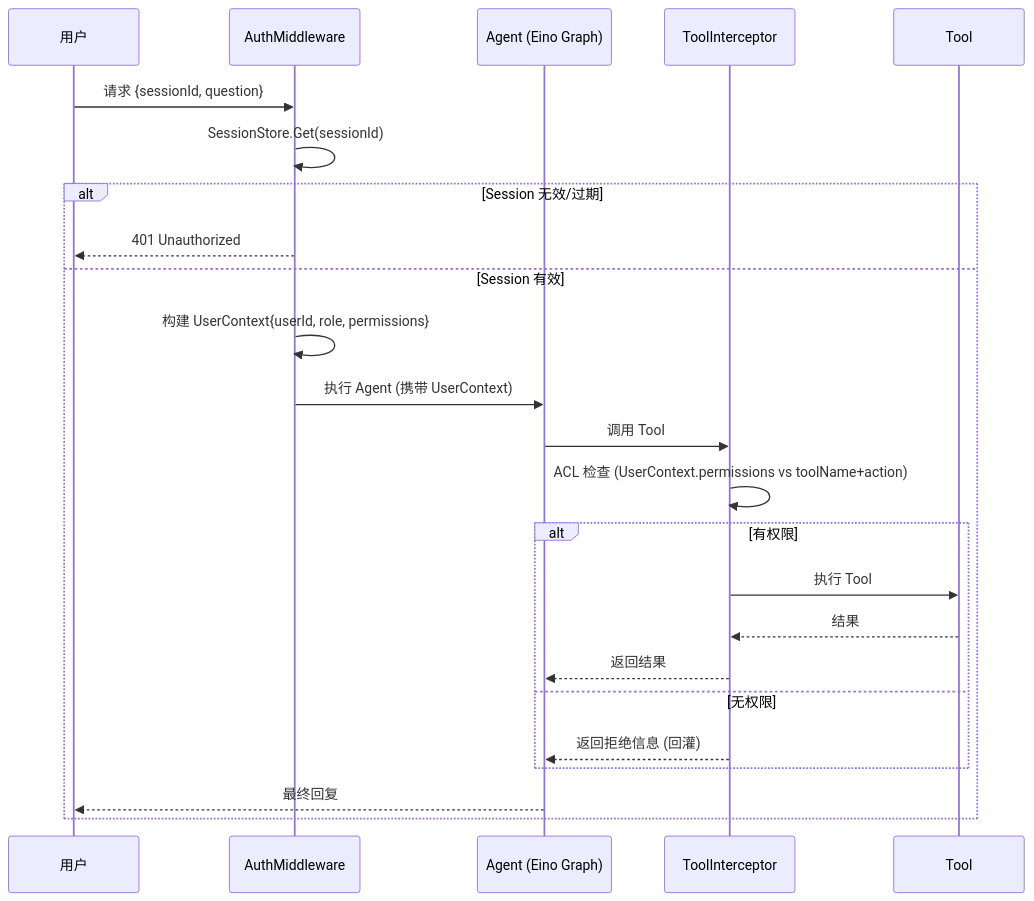
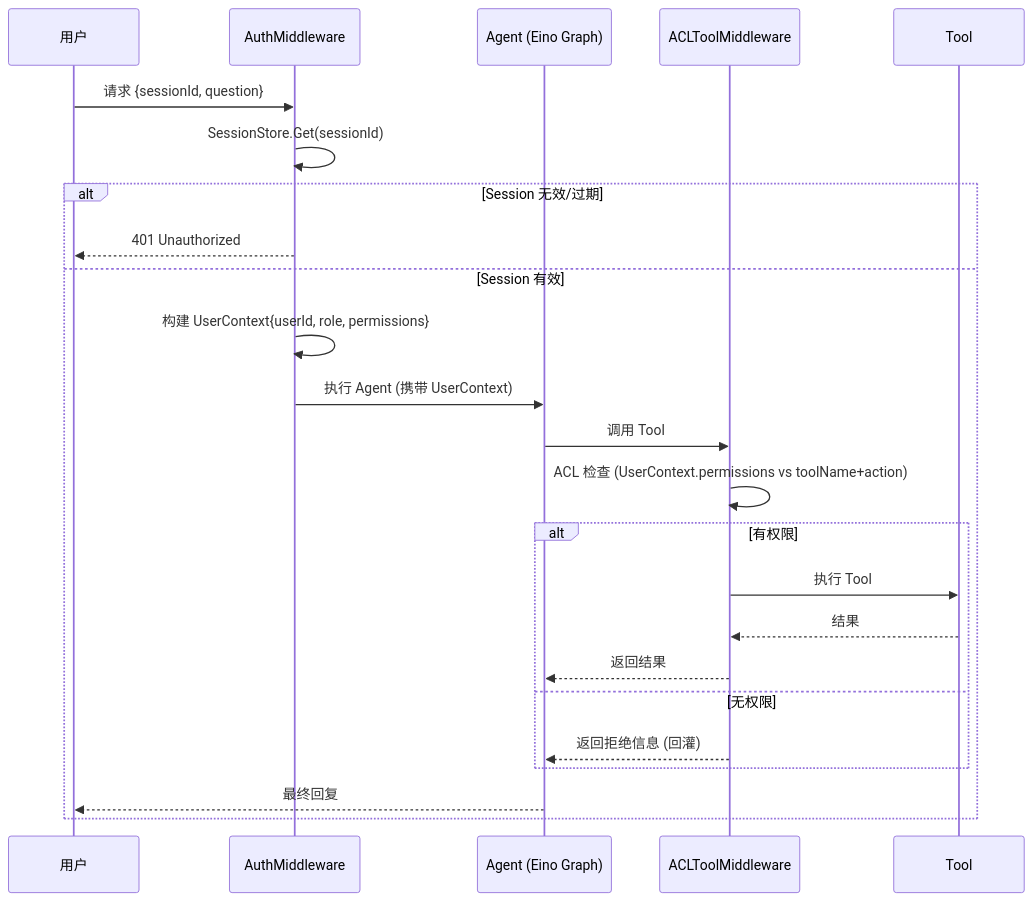
Before and after one commit to cling-2/Agent-Basic-Framework: the second of 4 diagrams in docs/DOC-01.md, drawn with Mermaid. The commit also changed other lines of this file and 4 other files, not shown here.

````diff
--- a/docs/DOC-01.md
+++ b/docs/DOC-01.md
@@ -62,27 +64,27 @@
 ```mermaid
 sequenceDiagram
     participant U as 用户
     participant MW as AuthMiddleware
     participant AG as Agent (Eino Graph)
-    participant TI as ToolInterceptor
+    participant TM as ACLToolMiddleware
     participant T as Tool
 
     U->>MW: 请求 {sessionId, question}
     MW->>MW: SessionStore.Get(sessionId)
     alt Session 无效/过期
         MW-->>U: 401 Unauthorized
     else Session 有效
         MW->>MW: 构建 UserContext{userId, role, permissions}
         MW->>AG: 执行 Agent (携带 UserContext)
-        AG->>TI: 调用 Tool
-        TI->>TI: ACL 检查 (UserContext.permissions vs toolName+action)
+        AG->>TM: 调用 Tool
+        TM->>TM: ACL 检查 (UserContext.permissions vs toolName+action)
         alt 有权限
-            TI->>T: 执行 Tool
-            T-->>TI: 结果
-            TI-->>AG: 返回结果
+            TM->>T: 执行 Tool
+            T-->>TM: 结果
+            TM-->>AG: 返回结果
         else 无权限
-            TI-->>AG: 返回拒绝信息 (回灌)
+            TM-->>AG: 返回拒绝信息 (回灌)
         end
         AG-->>U: 最终回复
     end
 ```
````
